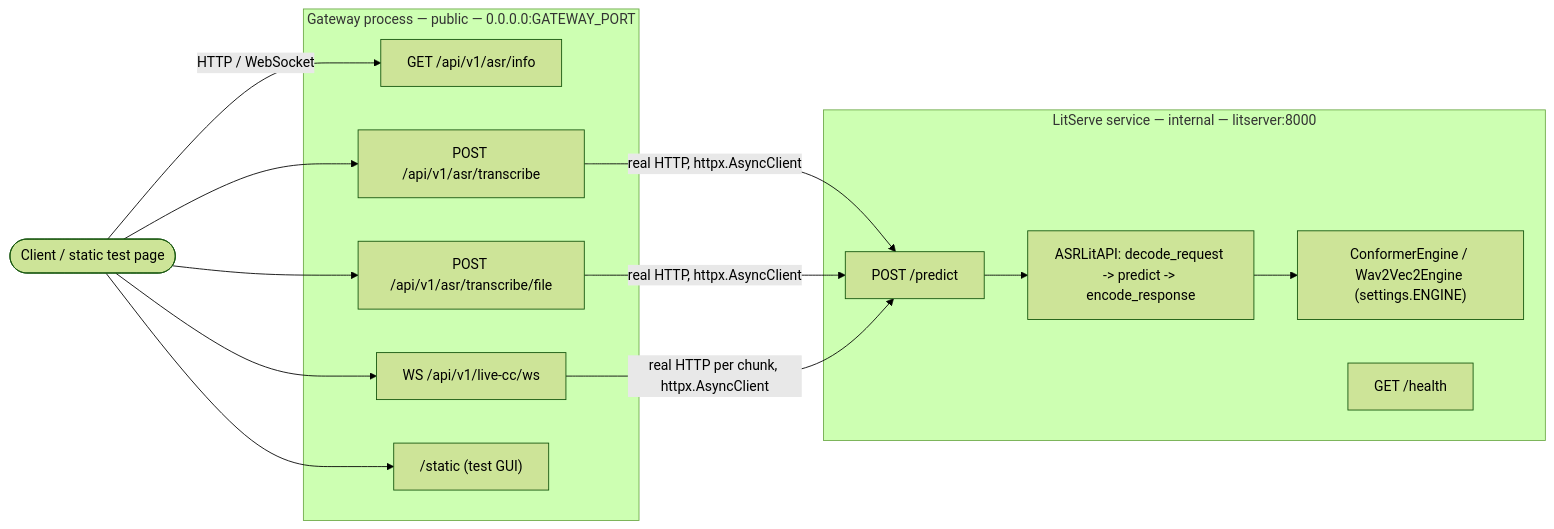
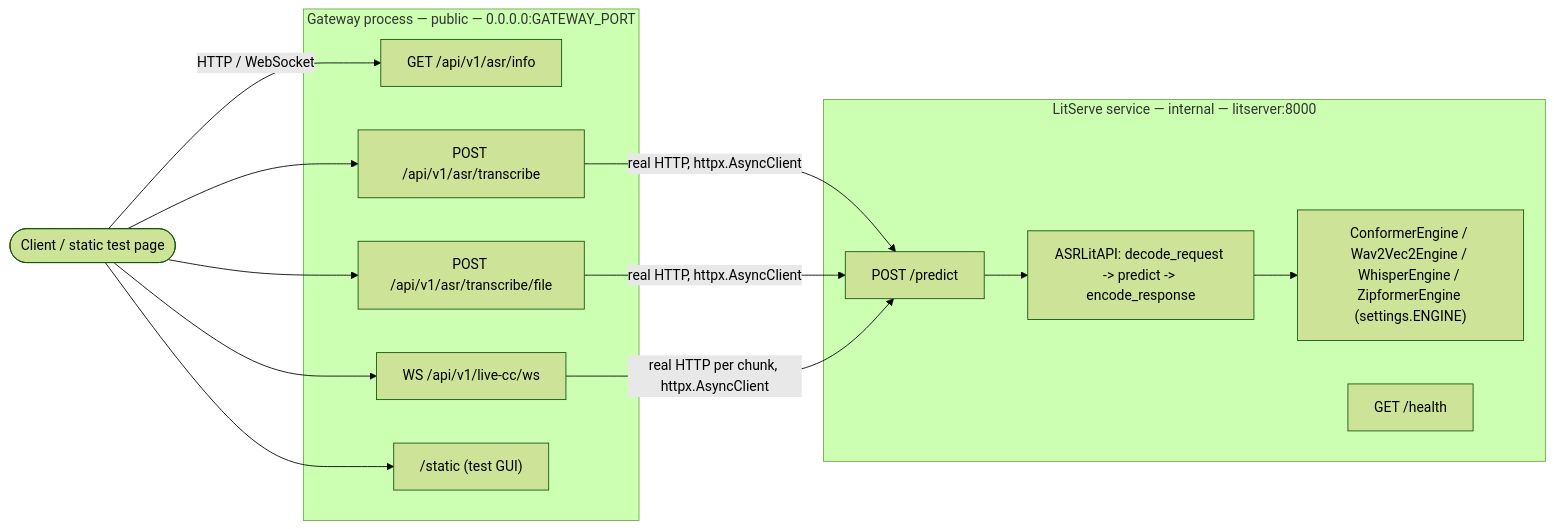
The diagram in README.md (sayed-shaun/ec-asr-tts-service), drawn with Mermaid (forest theme) before and after one commit. The commit also changed other lines of this file and 1 other file, not shown here.

Commit message:
Document the zipformer engine option
Covers ENGINE=zipformer and ZIPFORMER_MODEL_NAME in .env.example, and
lists ZipformerEngine alongside the other engines in the README.

````diff
--- a/README.md
+++ b/README.md
@@ -56,30 +56,30 @@
 ```mermaid
 flowchart LR
     Client(["Client / static test page"])
 
     subgraph Gateway["Gateway process — public — 0.0.0.0:GATEWAY_PORT"]
         Info["GET /api/v1/asr/info"]
         Transcribe["POST /api/v1/asr/transcribe"]
         File["POST /api/v1/asr/transcribe/file"]
         WS["WS /api/v1/live-cc/ws"]
         Static["/static (test GUI)"]
     end
 
     subgraph LitServe["LitServe service — internal — litserver:8000"]
         Predict["POST /predict"]
         LitAPI["ASRLitAPI: decode_request -> predict -> encode_response"]
-        Engine["ConformerEngine / Wav2Vec2Engine (settings.ENGINE)"]
+        Engine["ConformerEngine / Wav2Vec2Engine / WhisperEngine / ZipformerEngine (settings.ENGINE)"]
         Health["GET /health"]
     end
 
     Client -->|HTTP / WebSocket| Info
     Client --> Transcribe
     Client --> File
     Client --> WS
     Client --> Static
 
     Transcribe -->|real HTTP, httpx.AsyncClient| Predict
     File -->|real HTTP, httpx.AsyncClient| Predict
     WS -->|real HTTP per chunk, httpx.AsyncClient| Predict
     Predict --> LitAPI --> Engine
 ```
````
